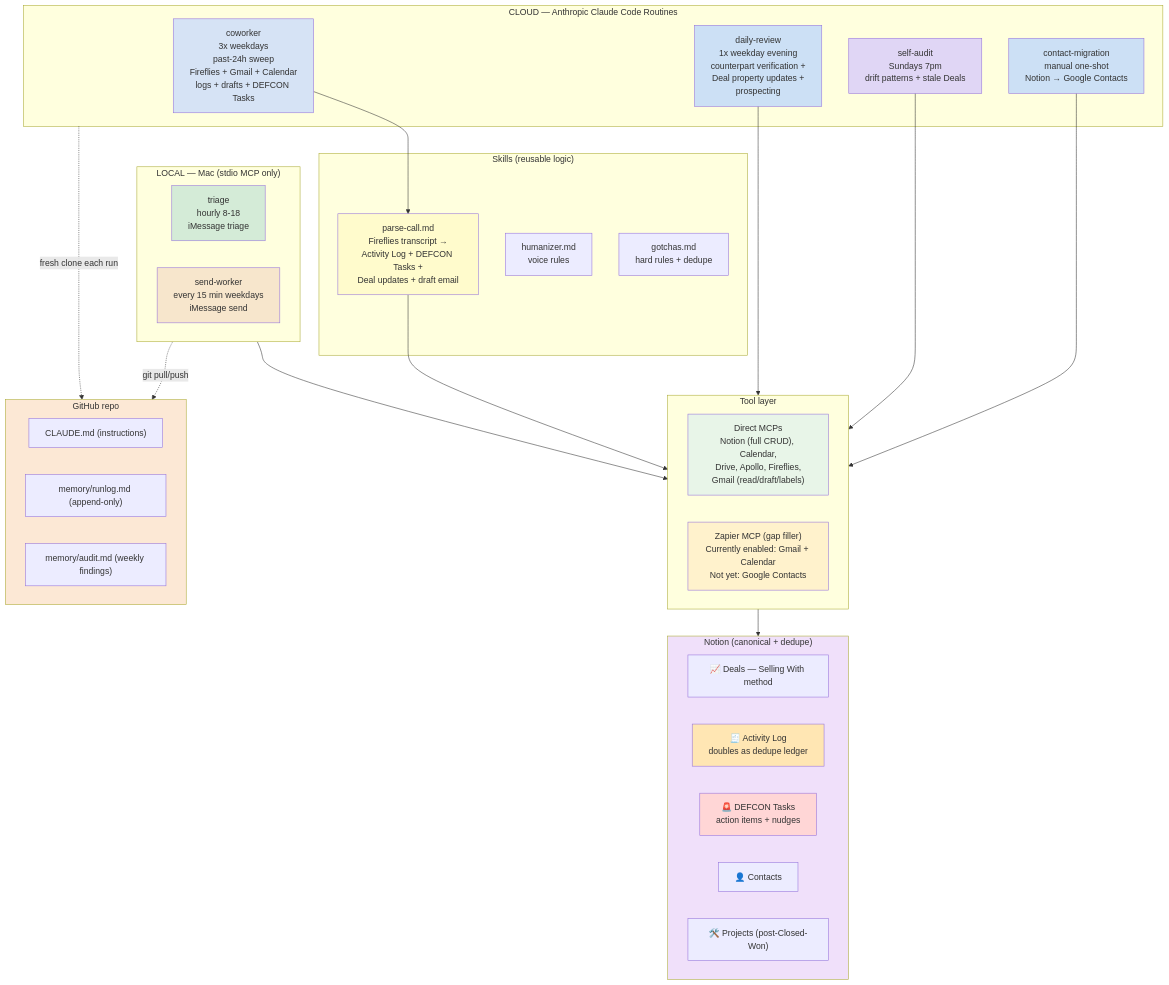
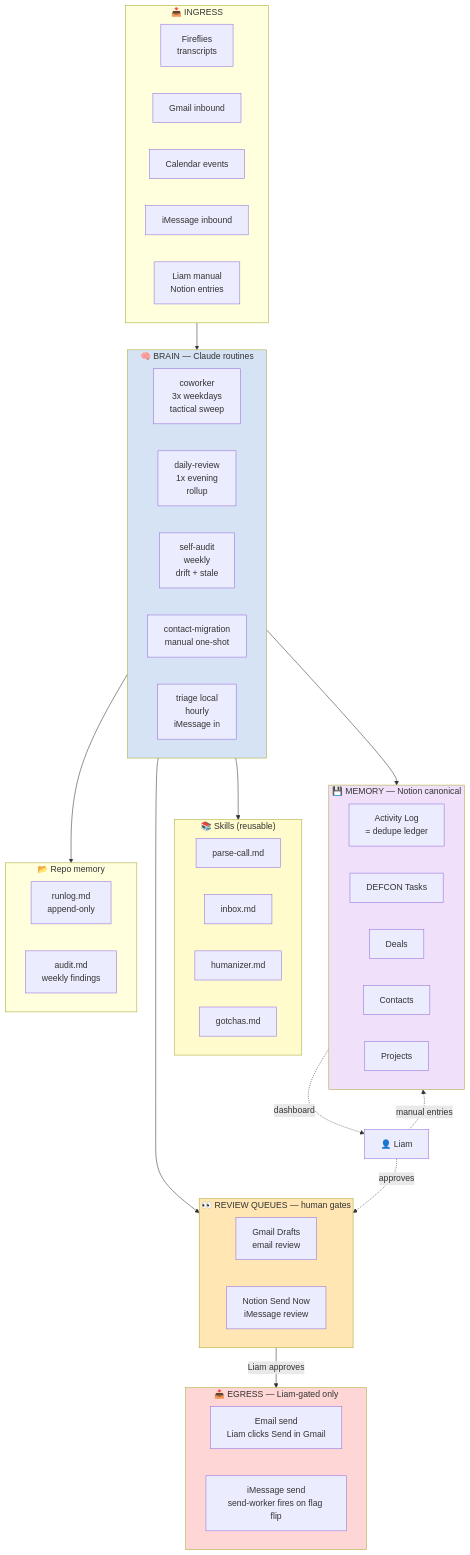
The diagram in architecture.md (lg2k2000/Sales-Automation), drawn with Mermaid before and after one commit. The commit also changed other lines of this file and 7 other files, not shown here.

````diff
--- a/architecture.md
+++ b/architecture.md
@@ -7,63 +41,64 @@
 ```mermaid
 flowchart TB
-    subgraph Local["LOCAL — Mac (stdio MCP only)"]
-        TRIAGE["triage<br/>hourly 8-18<br/>iMessage triage"]
-        SEND["send-worker<br/>every 15 min weekdays<br/>iMessage send"]
+    subgraph Ingress["📥 INGRESS"]
+        FF[Fireflies<br/>transcripts]
+        GMI[Gmail inbound]
+        CAL[Calendar events]
+        IMSG[iMessage inbound]
+        MAN[Liam manual<br/>Notion entries]
     end
 
-    subgraph Cloud["CLOUD — Anthropic Claude Code Routines"]
-        COWORKER["coworker<br/>3x weekdays<br/>past-24h sweep<br/>Fireflies + Gmail + Calendar<br/>logs + drafts + DEFCON Tasks"]
-        DAILYREVIEW["daily-review<br/>1x weekday evening<br/>counterpart verification +<br/>Deal property updates +<br/>prospecting"]
-        AUDIT["self-audit<br/>Sundays 7pm<br/>drift patterns + stale Deals"]
-        MIGRATE["contact-migration<br/>manual one-shot<br/>Notion → Google Contacts"]
+    subgraph Brain["🧠 BRAIN — Claude routines"]
+        CW[coworker<br/>3x weekdays<br/>tactical sweep]
+        DR[daily-review<br/>1x evening<br/>rollup]
+        SA[self-audit<br/>weekly<br/>drift + stale]
+        CM[contact-migration<br/>manual one-shot]
+        TRG[triage local<br/>hourly<br/>iMessage in]
     end
 
-    subgraph Skills["Skills (reusable logic)"]
-        PARSECALL["parse-call.md<br/>Fireflies transcript →<br/>Activity Log + DEFCON Tasks +<br/>Deal updates + draft email"]
-        HUMANIZER["humanizer.md<br/>voice rules"]
-        GOTCHAS["gotchas.md<br/>hard rules + dedupe"]
+    subgraph Skills["📚 Skills (reusable)"]
+        PC[parse-call.md]
+        IN[inbox.md]
+        HM[humanizer.md]
+        GO[gotchas.md]
     end
 
-    subgraph Tools["Tool layer"]
-        DIRECT["Direct MCPs<br/>Notion (full CRUD), Calendar,<br/>Drive, Apollo, Fireflies,<br/>Gmail (read/draft/labels)"]
-        ZAPIER["Zapier MCP (gap filler)<br/>Currently enabled: Gmail + Calendar<br/>Not yet: Google Contacts"]
+    subgraph Memory["💾 MEMORY — Notion canonical"]
+        AL[Activity Log<br/>= dedupe ledger]
+        DT[DEFCON Tasks]
+        DD[Deals]
+        CC[Contacts]
+        PJ[Projects]
     end
 
-    subgraph Notion["Notion (canonical + dedupe)"]
-        DEALS["📈 Deals — Selling With method"]
-        ACTIVITY["🧾 Activity Log<br/>doubles as dedupe ledger"]
-        DEFCON["🚨 DEFCON Tasks<br/>action items + nudges"]
-        CONTACTS["👤 Contacts"]
-        PROJECTS["🛠️ Projects (post-Closed-Won)"]
+    subgraph Repo["📂 Repo memory"]
+        RL[runlog.md<br/>append-only]
+        AU[audit.md<br/>weekly findings]
     end
 
-    subgraph Repo["GitHub repo"]
-        CLAUDE_MD["CLAUDE.md (instructions)"]
-        RUNLOG["memory/runlog.md (append-only)"]
-        AUDIT_MD["memory/audit.md (weekly findings)"]
+    subgraph Review["👀 REVIEW QUEUES — human gates"]
+        GD[Gmail Drafts<br/>email review]
+        SN[Notion Send Now<br/>iMessage review]
     end
 
-    COWORKER --> PARSECALL
-    PARSECALL --> Tools
-    DAILYREVIEW --> Tools
-    AUDIT --> Tools
-    MIGRATE --> Tools
-    Local --> Tools
-    Tools --> Notion
-    Cloud -.->|fresh clone each run| Repo
-    Local -.->|git pull/push| Repo
+    subgraph Egress["📤 EGRESS — Liam-gated only"]
+        EM[Email send<br/>Liam clicks Send in Gmail]
+        TX[iMessage send<br/>send-worker fires on flag flip]
+    end
 
-    style TRIAGE fill:#d4ebd7
-    style SEND fill:#f7e6cc
-    style COWORKER fill:#d6e3f5
-    style DAILYREVIEW fill:#cce0f5
-    style AUDIT fill:#e0d6f5
-    style MIGRATE fill:#cce0f5
-    style PARSECALL fill:#fffbcc
-    style DIRECT fill:#e8f5e8
-    style ZAPIER fill:#fff2cc
-    style Repo fill:#fce8d5
-    style Notion fill:#f0e0fa
-    style ACTIVITY fill:#ffe6b3
-    style DEFCON fill:#ffd6d6
+    Ingress --> Brain
+    Brain --> Skills
+    Brain --> Memory
+    Brain --> Repo
+    Brain --> Review
+    Review -->|Liam approves| Egress
+    Memory -.->|dashboard| Liam[👤 Liam]
+    Liam -.->|manual entries| Memory
+    Liam -.->|approves| Review
+
+    style Brain fill:#d6e3f5
+    style Skills fill:#fffbcc
+    style Memory fill:#f0e0fa
+    style Review fill:#ffe6b3
+    style Egress fill:#ffd6d6
 ```
````
